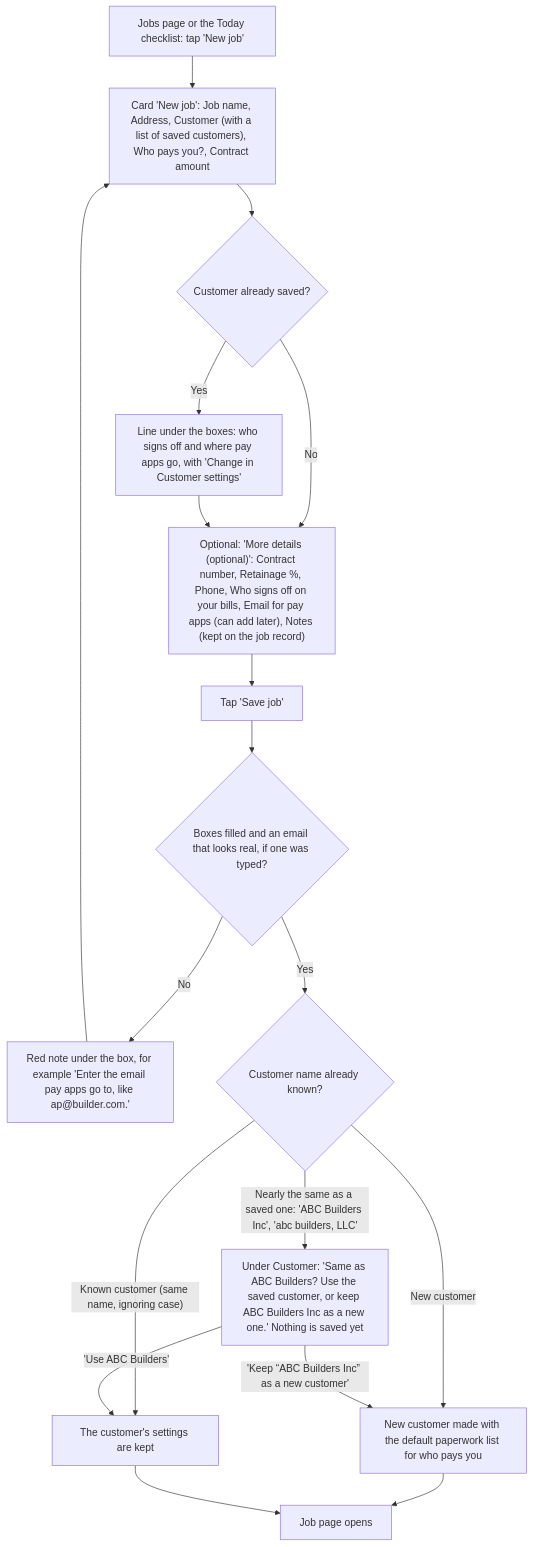
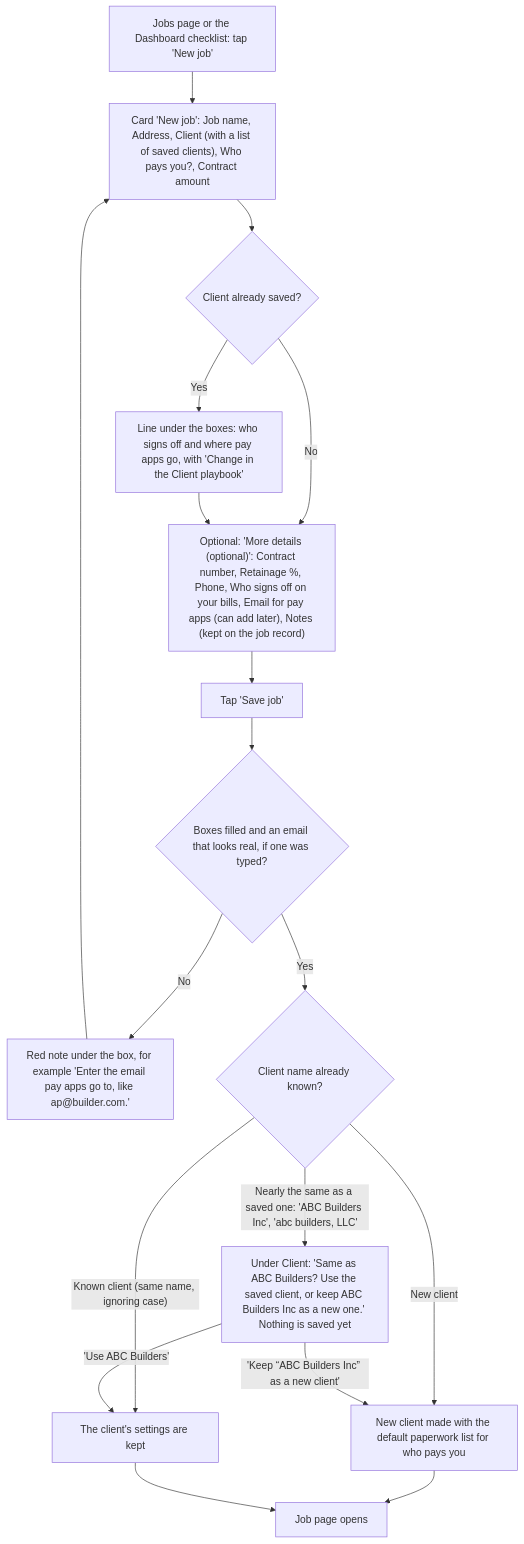
The third of 15 diagrams in docs/client-flows.md (cartwrightstephen/billdable), drawn with Mermaid before and after one commit. The commit also changed other lines of this file, not shown here.

First line of the commit message:
Flows doc: the seven sections, Client wording, and references to the split modules

````diff
--- a/docs/client-flows.md
+++ b/docs/client-flows.md
@@ -119,20 +123,20 @@
 ```mermaid
 flowchart TD
-    A["Jobs page or the Today checklist: tap 'New job'"] --> B["Card 'New job': Job name, Address, Customer (with a list of saved customers), Who pays you?, Contract amount"]
-    B --> C{"Customer already saved?"}
-    C -->|"Yes"| C1["Line under the boxes: who signs off and where pay apps go, with 'Change in Customer settings'"]
+    A["Jobs page or the Dashboard checklist: tap 'New job'"] --> B["Card 'New job': Job name, Address, Client (with a list of saved clients), Who pays you?, Contract amount"]
+    B --> C{"Client already saved?"}
+    C -->|"Yes"| C1["Line under the boxes: who signs off and where pay apps go, with 'Change in the Client playbook'"]
     C -->|"No"| D
     C1 --> D["Optional: 'More details (optional)': Contract number, Retainage %, Phone, Who signs off on your bills, Email for pay apps (can add later), Notes (kept on the job record)"]
     D --> E["Tap 'Save job'"]
     E --> F{"Boxes filled and an email that looks real, if one was typed?"}
     F -->|"No"| G["Red note under the box, for example 'Enter the email pay apps go to, like ap@builder.com.'"]
     G --> B
-    F -->|"Yes"| H{"Customer name already known?"}
-    H -->|"New customer"| I["New customer made with the default paperwork list for who pays you"]
-    H -->|"Known customer (same name, ignoring case)"| J["The customer's settings are kept"]
-    H -->|"Nearly the same as a saved one: 'ABC Builders Inc', 'abc builders, LLC'"| N["Under Customer: 'Same as ABC Builders? Use the saved customer, or keep ABC Builders Inc as a new one.' Nothing is saved yet"]
+    F -->|"Yes"| H{"Client name already known?"}
+    H -->|"New client"| I["New client made with the default paperwork list for who pays you"]
+    H -->|"Known client (same name, ignoring case)"| J["The client's settings are kept"]
+    H -->|"Nearly the same as a saved one: 'ABC Builders Inc', 'abc builders, LLC'"| N["Under Client: 'Same as ABC Builders? Use the saved client, or keep ABC Builders Inc as a new one.' Nothing is saved yet"]
     N -->|"'Use ABC Builders'"| J
-    N -->|"'Keep “ABC Builders Inc” as a new customer'"| I
+    N -->|"'Keep “ABC Builders Inc” as a new client'"| I
     I --> K["Job page opens"]
     J --> K
 ```
````
